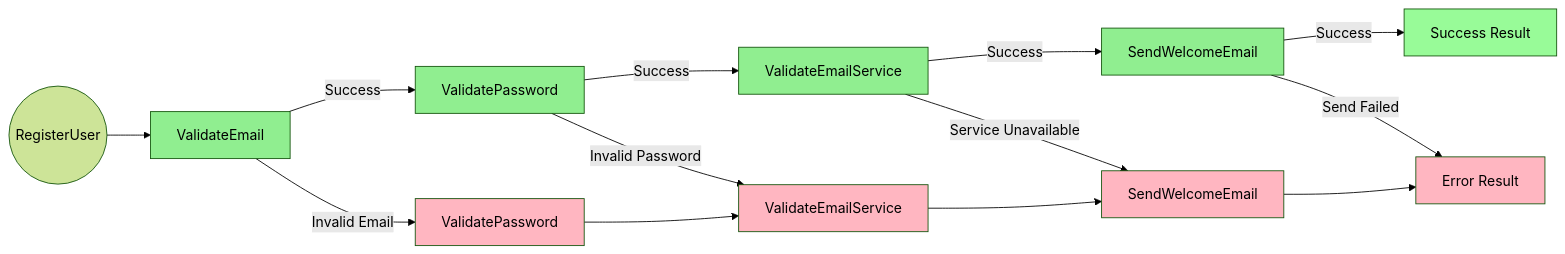
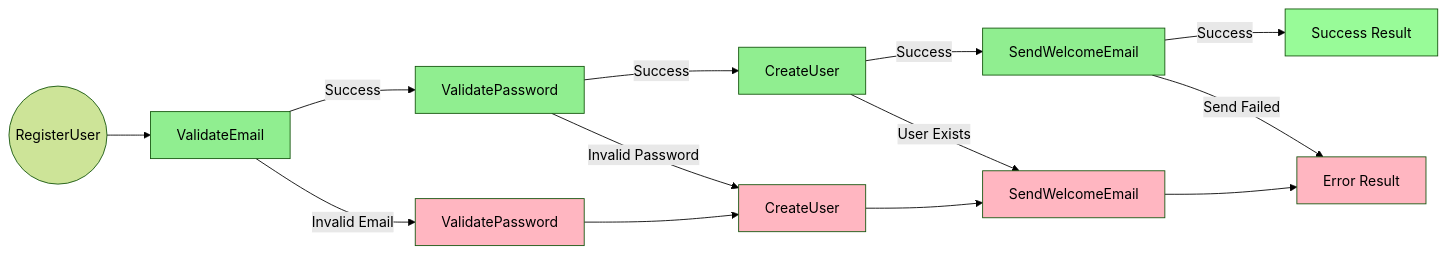
One commit to vvidov/resultType changed the first of 3 diagrams in README.md. Above: the diagram before and after it, drawn with Mermaid (forest theme). The commit also changed other lines of this file, not shown here.

First line of the commit message:
docs: update service overview and validation chain

````diff
--- a/README.md
+++ b/README.md
@@ -91,30 +91,30 @@
 ```mermaid
 graph LR
     Input((RegisterUser)) --> ValidateEmail
     
     ValidateEmail --> |Success| ValidatePassword_S[ValidatePassword]
     ValidateEmail --> |Invalid Email| ValidatePassword_E[ValidatePassword]
     
-    ValidatePassword_S --> |Success| ValidateService_S[ValidateEmailService]
-    ValidatePassword_S --> |Invalid Password| ValidateService_E[ValidateEmailService]
-    ValidatePassword_E --> ValidateService_E
+    ValidatePassword_S --> |Success| CreateUser_S[CreateUser]
+    ValidatePassword_S --> |Invalid Password| CreateUser_E[CreateUser]
+    ValidatePassword_E --> CreateUser_E
     
-    ValidateService_S --> |Success| SendEmail_S[SendWelcomeEmail]
-    ValidateService_S --> |Service Unavailable| SendEmail_E[SendWelcomeEmail]
-    ValidateService_E --> SendEmail_E
+    CreateUser_S --> |Success| SendEmail_S[SendWelcomeEmail]
+    CreateUser_S --> |User Exists| SendEmail_E[SendWelcomeEmail]
+    CreateUser_E --> SendEmail_E
     
     SendEmail_S --> |Success| Success[Success Result]
     SendEmail_S --> |Send Failed| Error[Error Result]
     SendEmail_E --> Error
     
     style ValidateEmail fill:#90EE90
     style ValidatePassword_S fill:#90EE90
-    style ValidateService_S fill:#90EE90
+    style CreateUser_S fill:#90EE90
     style SendEmail_S fill:#90EE90
     style Success fill:#98FB98
     
     style ValidatePassword_E fill:#FFB6C1
-    style ValidateService_E fill:#FFB6C1
+    style CreateUser_E fill:#FFB6C1
     style SendEmail_E fill:#FFB6C1
     style Error fill:#FFB6C1
 ```
````
